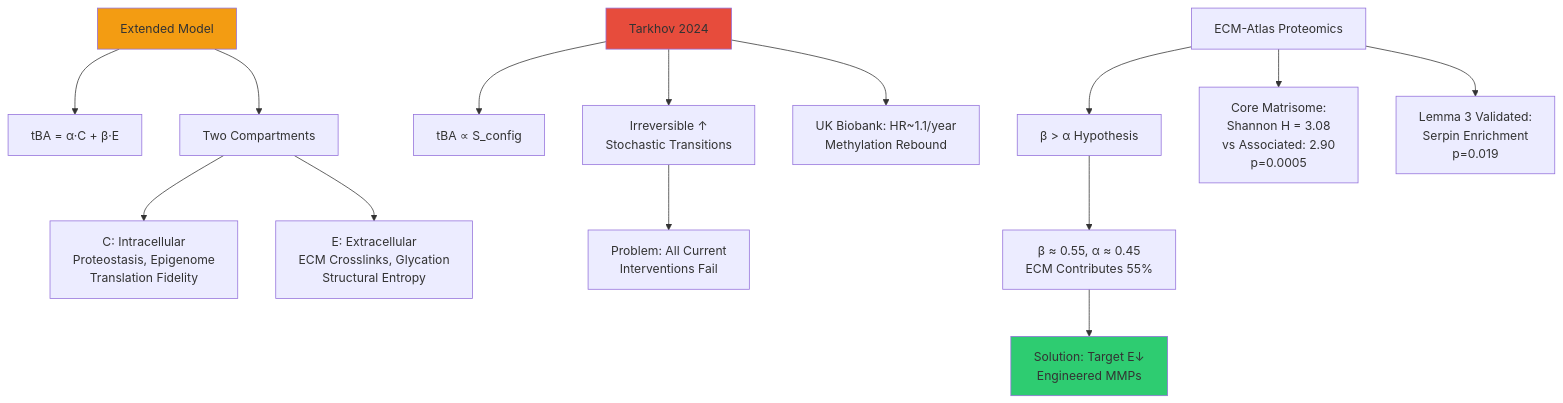
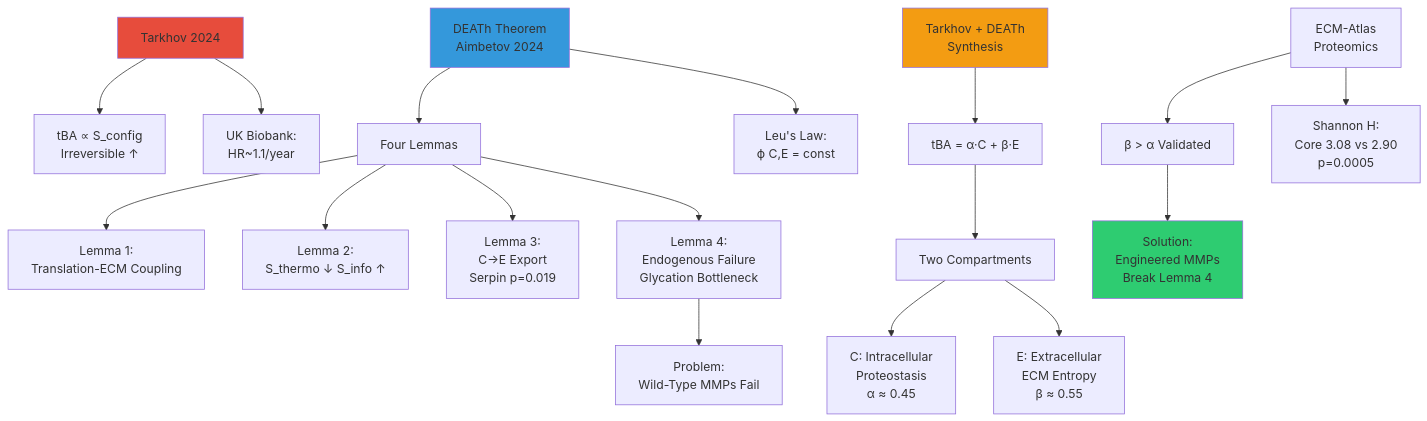
Before and after one commit to raimbetov/ecm-atlas: the first of 2 diagrams in documentation/for fedichev/01_TARKHOV_THEOREM_EXTENDED_ECM_ENTROPY.md, drawn with Mermaid. The commit also changed other lines of this file, not shown here.

Commit message:
Update Tarkhov theorem ECM entropy analysis

````diff
--- a/documentation/for fedichev/01_TARKHOV_THEOREM_EXTENDED_ECM_ENTROPY.md
+++ b/documentation/for fedichev/01_TARKHOV_THEOREM_EXTENDED_ECM_ENTROPY.md
@@ -10,25 +10,30 @@
 ```mermaid
 graph TD
-    Tarkhov[Tarkhov 2024] --> tBA1[tBA ∝ S_config]
-    Tarkhov --> Irreversible[Irreversible ↑<br/>Stochastic Transitions]
-    Tarkhov --> Evidence1[UK Biobank: HR~1.1/year<br/>Methylation Rebound]
+    Tarkhov[Tarkhov 2024] --> tBA1[tBA ∝ S_config<br/>Irreversible ↑]
+    Tarkhov --> Evidence1[UK Biobank:<br/>HR~1.1/year]
 
-    Extended[Extended Model] --> tBA2[tBA = α·C + β·E]
+    DEATh[DEATh Theorem<br/>Aimbetov 2024] --> Lemmas[Four Lemmas]
+    DEATh --> LeusLaw[Leu's Law:<br/>ϕ C,E = const]
+
+    Lemmas --> L1[Lemma 1:<br/>Translation-ECM Coupling]
+    Lemmas --> L2[Lemma 2:<br/>S_thermo ↓ S_info ↑]
+    Lemmas --> L3[Lemma 3:<br/>C→E Export<br/>Serpin p=0.019]
+    Lemmas --> L4[Lemma 4:<br/>Endogenous Failure<br/>Glycation Bottleneck]
+
+    Synthesis[Tarkhov + DEATh<br/>Synthesis] --> Extended[tBA = α·C + β·E]
     Extended --> Compartments[Two Compartments]
 
-    Compartments --> C[C: Intracellular<br/>Proteostasis, Epigenome<br/>Translation Fidelity]
-    Compartments --> E[E: Extracellular<br/>ECM Crosslinks, Glycation<br/>Structural Entropy]
+    Compartments --> C[C: Intracellular<br/>Proteostasis<br/>α ≈ 0.45]
+    Compartments --> E[E: Extracellular<br/>ECM Entropy<br/>β ≈ 0.55]
 
-    Evidence2[ECM-Atlas Proteomics] --> Beta[β > α Hypothesis]
-    Evidence2 --> Entropy[Core Matrisome:<br/>Shannon H = 3.08<br/>vs Associated: 2.90<br/>p=0.0005]
-    Evidence2 --> Lemma3[Lemma 3 Validated:<br/>Serpin Enrichment<br/>p=0.019]
+    Evidence2[ECM-Atlas<br/>Proteomics] --> Beta[β > α Validated]
+    Evidence2 --> Entropy[Shannon H:<br/>Core 3.08 vs 2.90<br/>p=0.0005]
 
-    Beta --> Estimate[β ≈ 0.55, α ≈ 0.45<br/>ECM Contributes 55%]
-
-    Irreversible --> Problem[Problem: All Current<br/>Interventions Fail]
-    Estimate --> Solution[Solution: Target E↓<br/>Engineered MMPs]
+    L4 --> Problem[Problem:<br/>Wild-Type MMPs Fail]
+    Beta --> Solution[Solution:<br/>Engineered MMPs<br/>Break Lemma 4]
 
     style Tarkhov fill:#e74c3c
-    style Extended fill:#f39c12
+    style DEATh fill:#3498db
+    style Synthesis fill:#f39c12
     style Solution fill:#2ecc71
 ```
````
